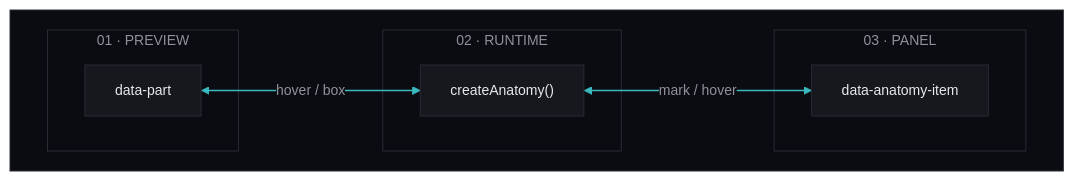
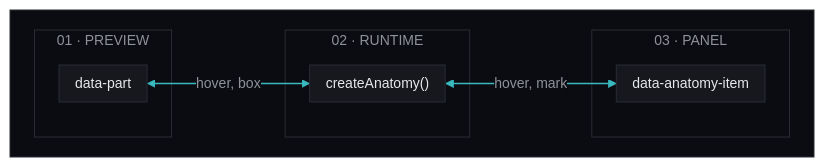
Before and after one commit to julien-deramond/component-anatomy: the diagram in README.md, drawn with Mermaid. The commit also changed 1 other file, not shown here.

Commit message:
docs: fit the sync diagram to the docs column, move the README diagram to Core API concepts

````diff
--- a/README.md
+++ b/README.md
@@ -28,24 +152,24 @@
 ```mermaid
-%%{init: {"fontFamily": "ui-monospace, SFMono-Regular, Menlo, Consolas, monospace", "flowchart": {"wrappingWidth": 480}, "theme": "base", "themeVariables": {"darkMode": true, "dropShadow": "none", "background": "#0A0C11", "fontFamily": "ui-monospace, SFMono-Regular, Menlo, Consolas, monospace", "fontSize": "14px", "primaryColor": "#16181E", "primaryTextColor": "#E6E8EC", "primaryBorderColor": "#292C33", "secondaryColor": "#16181E", "tertiaryColor": "#0A0C11", "lineColor": "#3AB9BF", "textColor": "#E6E8EC", "clusterBkg": "#0A0C11", "clusterBorder": "#292C33", "titleColor": "#8F929A", "edgeLabelBackground": "#0A0C11"}}}%%
+%%{init: {"fontFamily": "ui-monospace, SFMono-Regular, Menlo, Consolas, monospace", "flowchart": {"wrappingWidth": 480, "rankSpacing": 24, "padding": 8}, "theme": "base", "themeVariables": {"darkMode": true, "dropShadow": "none", "background": "#0A0C11", "fontFamily": "ui-monospace, SFMono-Regular, Menlo, Consolas, monospace", "fontSize": "14px", "primaryColor": "#16181E", "primaryTextColor": "#E6E8EC", "primaryBorderColor": "#292C33", "secondaryColor": "#16181E", "tertiaryColor": "#0A0C11", "lineColor": "#3AB9BF", "textColor": "#E6E8EC", "clusterBkg": "#0A0C11", "clusterBorder": "#292C33", "titleColor": "#8F929A", "edgeLabelBackground": "#0A0C11"}}}%%
 flowchart LR
   accTitle: How the preview and the anatomy panel stay in sync
   accDescr: The controller returned by createAnatomy sits between the live component and the docs panel. Hovering an element marked data-part tells the controller, which marks the panel entry with the same id. Hovering or focusing a panel entry tells the controller, which draws an overlay box on the matching elements.
 
   subgraph field[" "]
     direction LR
     subgraph preview["01 · PREVIEW"]
       el["data-part"]
     end
     subgraph runtime["02 · RUNTIME"]
       ctl["createAnatomy()"]
     end
     subgraph panel["03 · PANEL"]
       entry["data-anatomy-item"]
     end
-    el <-- "hover / box" --> ctl
-    ctl <-- "mark / hover" --> entry
+    el <-- "hover, box" --> ctl
+    ctl <-- "hover, mark" --> entry
   end
 
   linkStyle default stroke-width:1.5px,color:#8F929A
   style field fill:#0A0C11,stroke:#292C33
 ```
````
